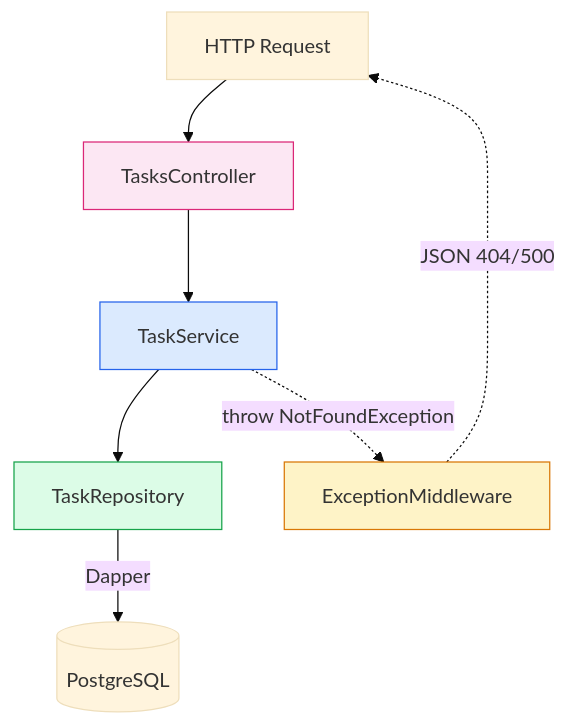
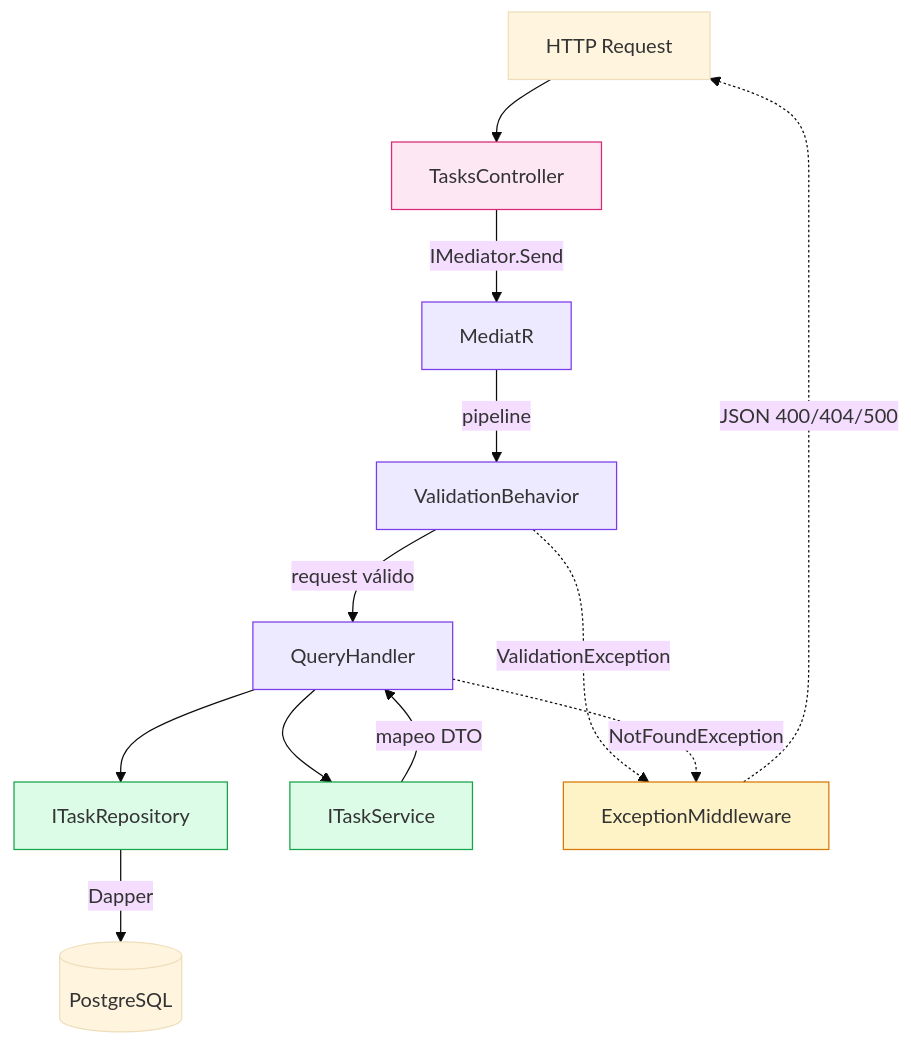
Before and after one commit to fabricioferiozzi96/task-manager-challenge: the diagram in docs/architecture.md, drawn with Mermaid (base theme). The commit also changed other lines of this file and 5 other files, not shown here.

````diff
--- a/docs/architecture.md
+++ b/docs/architecture.md
@@ -5,15 +5,23 @@
 ```mermaid
 flowchart TD
     HTTP["HTTP Request"] --> CTRL["TasksController"]
-    CTRL --> SVC["TaskService"]
-    SVC --> REPO["TaskRepository"]
+    CTRL -->|IMediator.Send| MED["MediatR"]
+    MED -->|pipeline| VB["ValidationBehavior"]
+    VB -->|request válido| QH["QueryHandler"]
+    QH --> REPO["ITaskRepository"]
+    QH --> SVC["ITaskService"]
     REPO -->|Dapper| DB[("PostgreSQL")]
+    SVC -->|mapeo DTO| QH
 
-    SVC -.->|throw NotFoundException| MID["ExceptionMiddleware"]
-    MID -.->|JSON 404/500| HTTP
+    VB -.->|ValidationException| MID["ExceptionMiddleware"]
+    QH -.->|NotFoundException| MID
+    MID -.->|JSON 400/404/500| HTTP
 
     style CTRL fill:#fce7f3,stroke:#db2777
-    style SVC fill:#dbeafe,stroke:#2563eb
+    style MED fill:#ede9fe,stroke:#7c3aed
+    style VB fill:#ede9fe,stroke:#7c3aed
+    style QH fill:#ede9fe,stroke:#7c3aed
     style REPO fill:#dcfce7,stroke:#16a34a
+    style SVC fill:#dcfce7,stroke:#16a34a
     style MID fill:#fef3c7,stroke:#d97706
 ```
````
